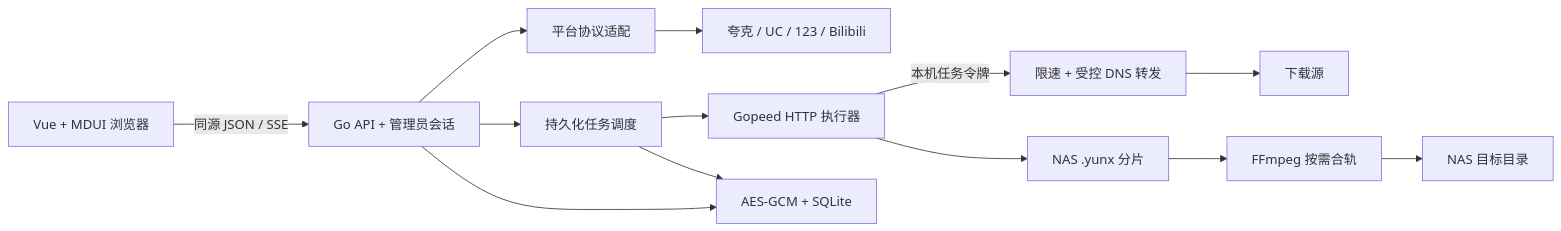
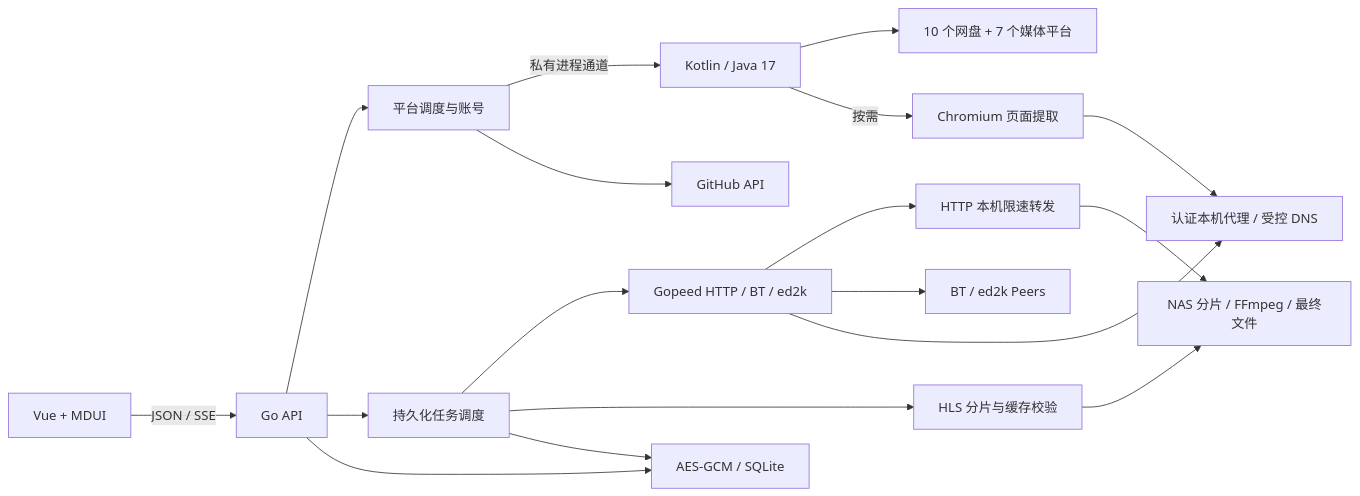
Before and after one commit to xiatian410/YunX-Server: the diagram in docs/architecture.md, drawn with Mermaid. The commit also changed other lines of this file and 154 other files, not shown here.

Commit message:
feat: port all YunX platforms and NAS download protocols

````diff
--- a/docs/architecture.md
+++ b/docs/architecture.md
@@ -3,15 +3,20 @@
 ```mermaid
 flowchart LR
-  Browser[Vue + MDUI 浏览器] -->|同源 JSON / SSE| API[Go API + 管理员会话]
-  API --> Providers[平台协议适配]
+  Browser[Vue + MDUI] -->|JSON / SSE| API[Go API]
+  API --> Providers[平台调度与账号]
+  Providers -->|私有进程通道| JVM[Kotlin / Java 17]
+  JVM --> Platforms[10 个网盘 + 7 个媒体平台]
+  JVM -->|按需| Chromium[Chromium 页面提取]
+  Chromium --> Proxy[认证本机代理 / 受控 DNS]
+  Providers --> GitHub[GitHub API]
   API --> Queue[持久化任务调度]
-  Providers --> Platforms[夸克 / UC / 123 / Bilibili]
-  Queue --> Engine[Gopeed HTTP 执行器]
-  Engine -->|本机任务令牌| Relay[限速 + 受控 DNS 转发]
-  Relay --> CDN[下载源]
-  Engine --> Parts[NAS .yunx 分片]
-  Parts --> Merge[FFmpeg 按需合轨]
-  Merge --> Files[NAS 目标目录]
-  API --> Store[AES-GCM + SQLite]
-  Queue --> Store
+  Queue --> Engine[Gopeed HTTP / BT / ed2k]
+  Queue --> HLS[HLS 分片与缓存校验]
+  Engine --> Relay[HTTP 本机限速转发]
+  Engine --> P2P[BT / ed2k Peers]
+  Engine --> Proxy
+  HLS --> Files[NAS 分片 / FFmpeg / 最终文件]
+  Relay --> Files
+  Queue --> Store[AES-GCM / SQLite]
+  API --> Store
 ```
````
